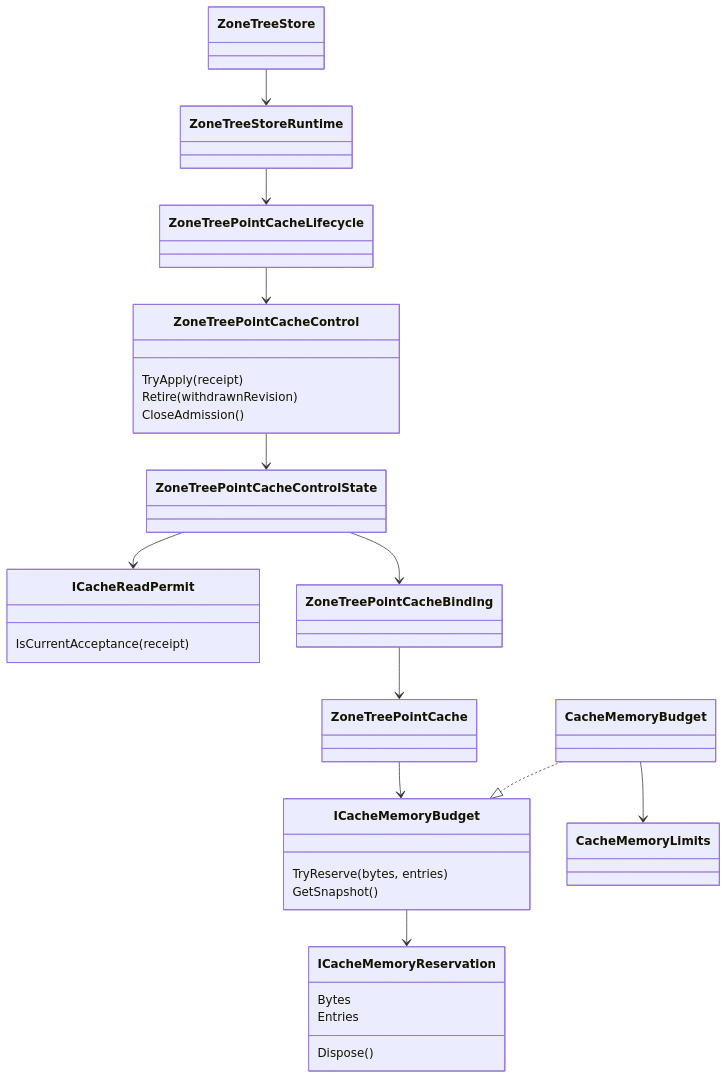
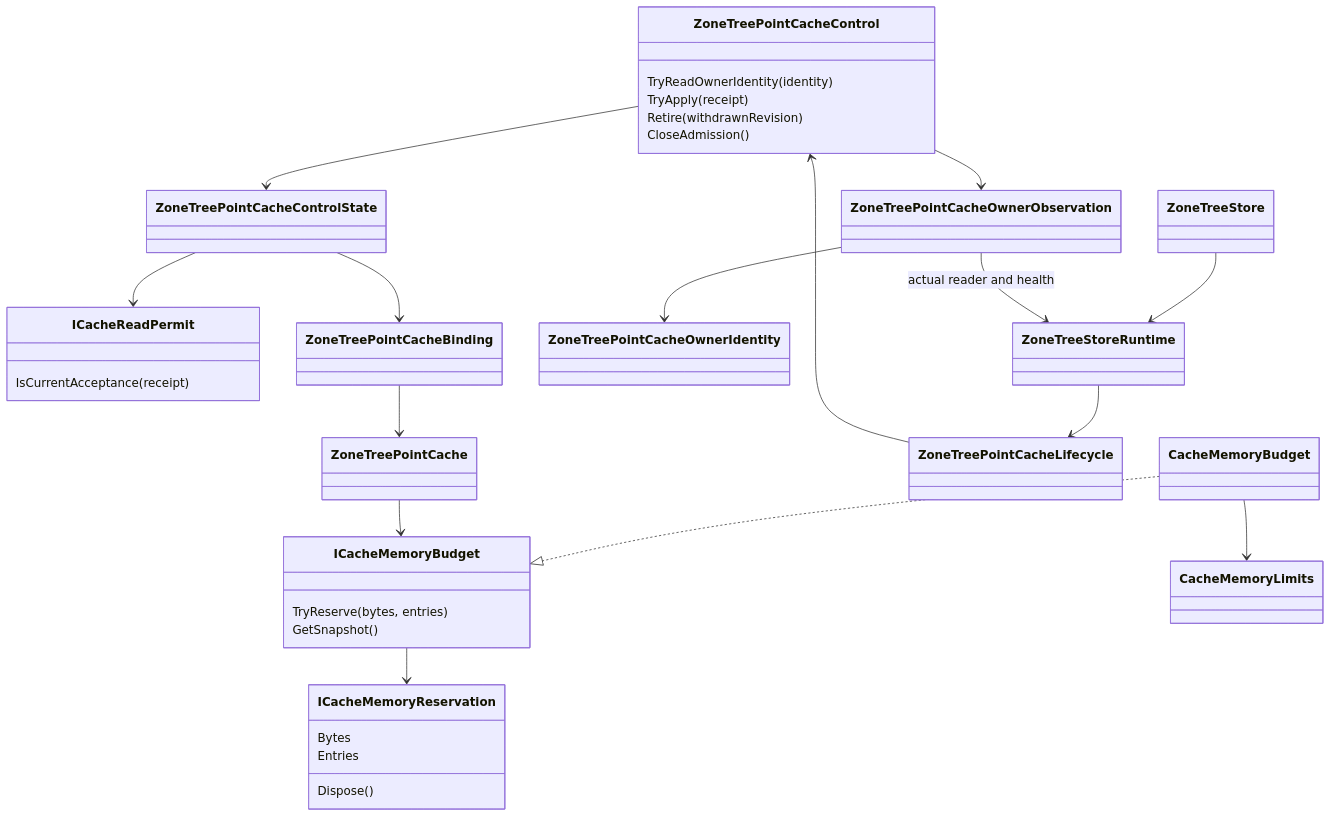
One commit to managedcode/KeyLoad changed diagram 22 of 28 in docs/Architecture.md. Above: the diagram before and after it, drawn with Mermaid. The commit also changed other lines of this file and 114 other files, not shown here.

Commit message:
Repair native qualifications and add cache owner observations

````diff
--- a/docs/Architecture.md
+++ b/docs/Architecture.md
@@ -500,33 +508,37 @@
 ```mermaid
 classDiagram
     class ICacheMemoryBudget {
         TryReserve(bytes, entries)
         GetSnapshot()
     }
     class ICacheMemoryReservation {
         Bytes
         Entries
         Dispose()
     }
     class CacheMemoryBudget
     class CacheMemoryLimits
     CacheMemoryBudget ..|> ICacheMemoryBudget
     ICacheMemoryBudget --> ICacheMemoryReservation
     CacheMemoryBudget --> CacheMemoryLimits
     class ICacheReadPermit {
         IsCurrentAcceptance(receipt)
     }
     class ZoneTreePointCacheControl {
+        TryReadOwnerIdentity(identity)
         TryApply(receipt)
         Retire(withdrawnRevision)
         CloseAdmission()
     }
     ZoneTreeStore --> ZoneTreeStoreRuntime
     ZoneTreeStoreRuntime --> ZoneTreePointCacheLifecycle
     ZoneTreePointCacheLifecycle --> ZoneTreePointCacheControl
     ZoneTreePointCacheControl --> ZoneTreePointCacheControlState
+    ZoneTreePointCacheControl --> ZoneTreePointCacheOwnerObservation
+    ZoneTreePointCacheOwnerObservation --> ZoneTreePointCacheOwnerIdentity
+    ZoneTreePointCacheOwnerObservation --> ZoneTreeStoreRuntime : actual reader and health
     ZoneTreePointCacheControlState --> ICacheReadPermit
     ZoneTreePointCacheControlState --> ZoneTreePointCacheBinding
     ZoneTreePointCacheBinding --> ZoneTreePointCache
     ZoneTreePointCache --> ICacheMemoryBudget
 ```
````
